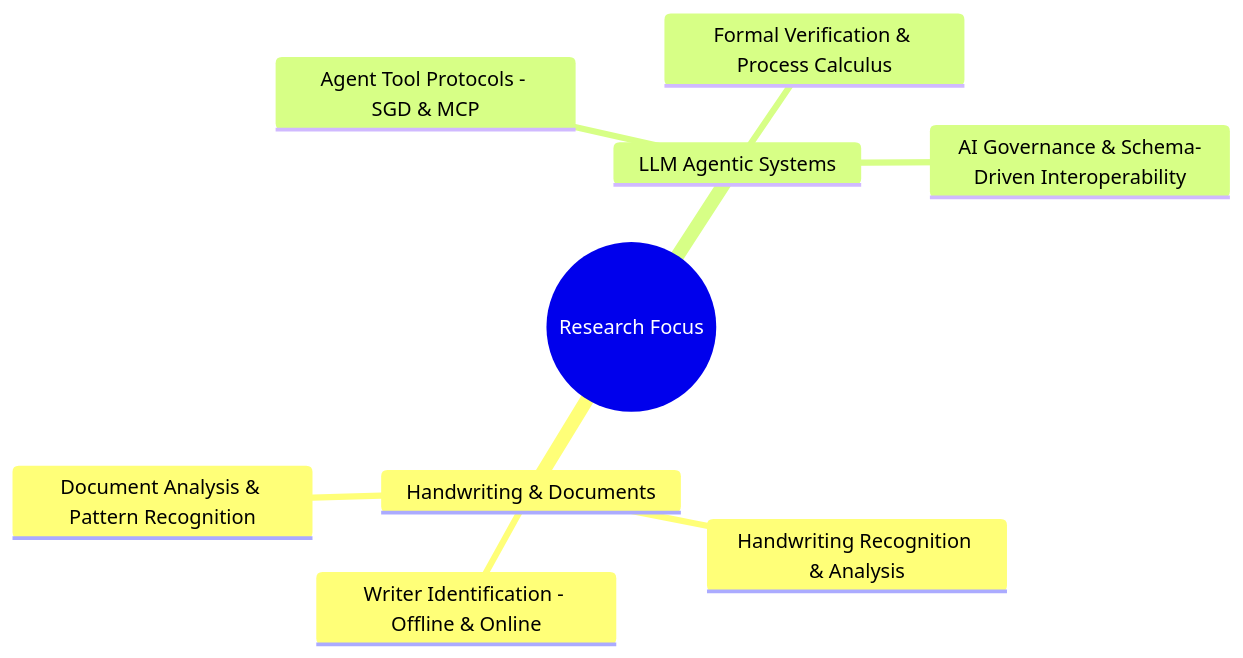
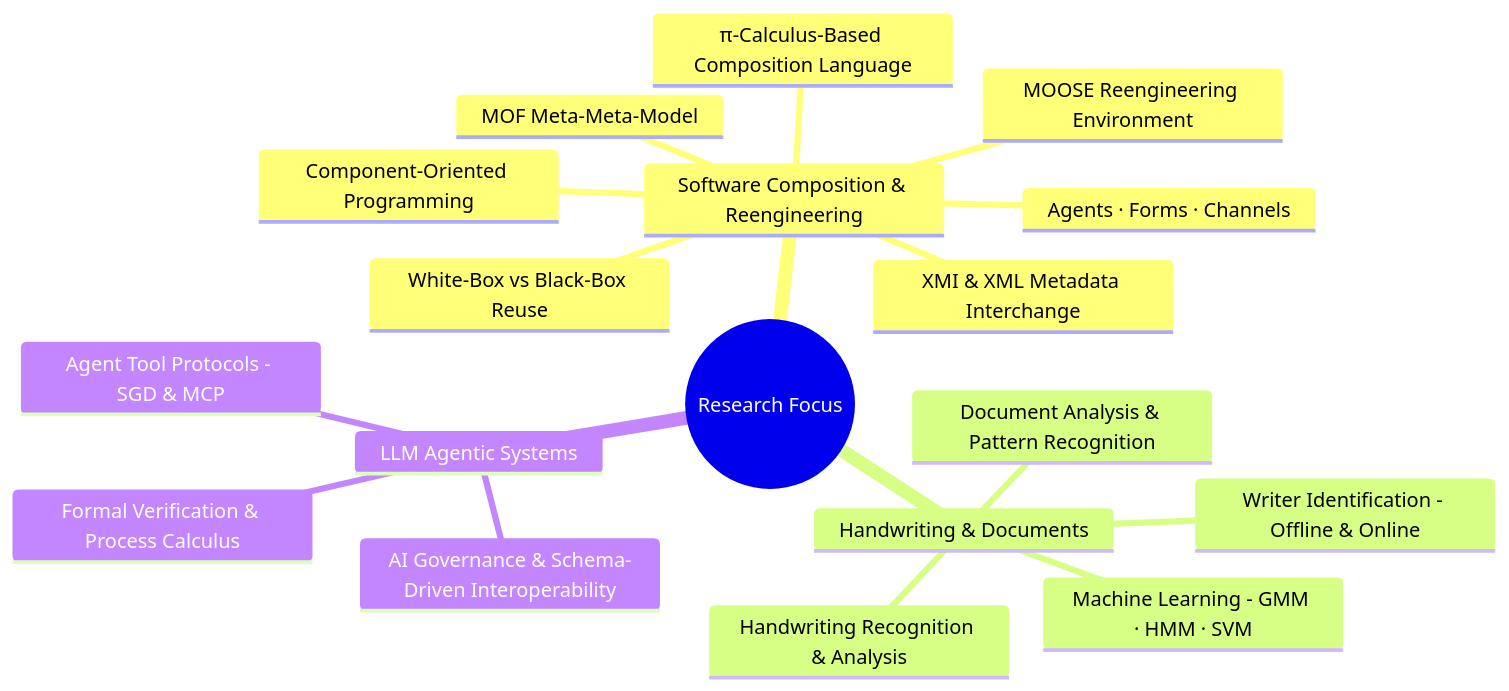
The first of 2 diagrams in README.md (schlpbch/publications), drawn with Mermaid before and after one commit. The commit also changed other lines of this file and 3 other files, not shown here.

First line of the commit message:
Add Schl01a.pdf and Schl03a.pdf; update docs to stress π-calculus and MOF

````diff
--- a/README.md
+++ b/README.md
@@ -31,12 +69,21 @@
 ```mermaid
 mindmap
   root((Research Focus))
+    Software Composition & Reengineering
+      π-Calculus-Based Composition Language
+      Agents · Forms · Channels
+      XMI & XML Metadata Interchange
+      MOF Meta-Meta-Model
+      MOOSE Reengineering Environment
+      Component-Oriented Programming
+      White-Box vs Black-Box Reuse
     Handwriting & Documents
+      Machine Learning - GMM · HMM · SVM
       Handwriting Recognition & Analysis
       Writer Identification - Offline & Online
       Document Analysis & Pattern Recognition
     LLM Agentic Systems
       Agent Tool Protocols - SGD & MCP
       Formal Verification & Process Calculus
       AI Governance & Schema-Driven Interoperability
 ```
````
